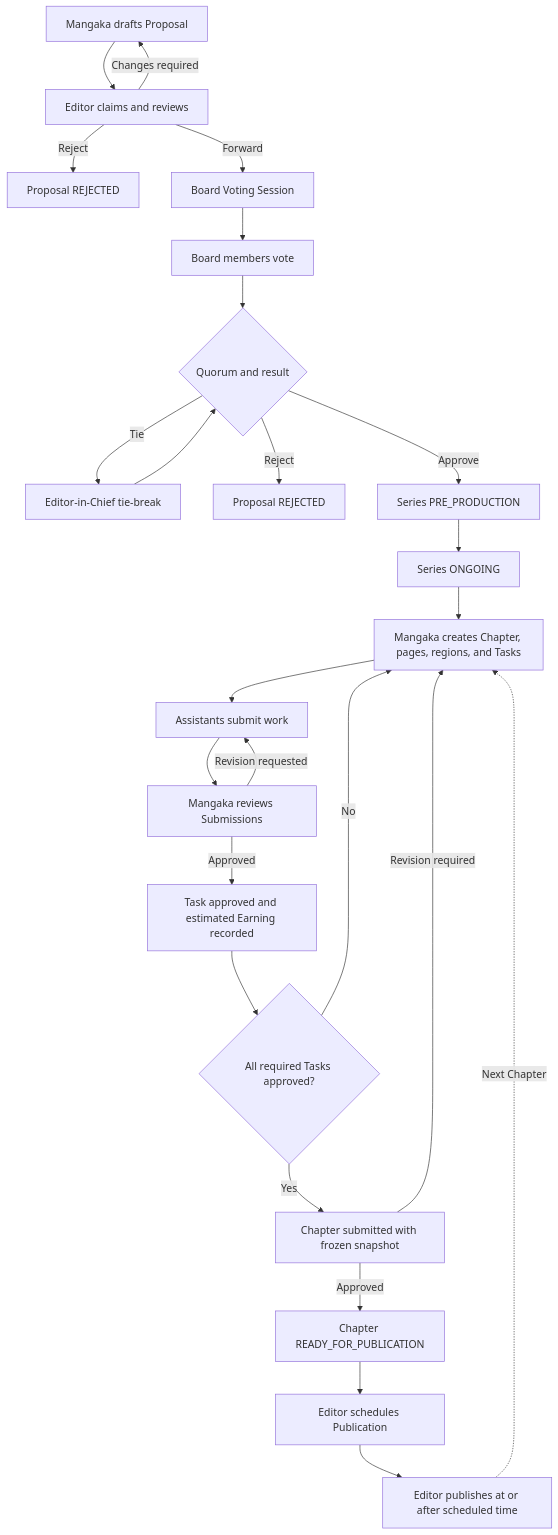
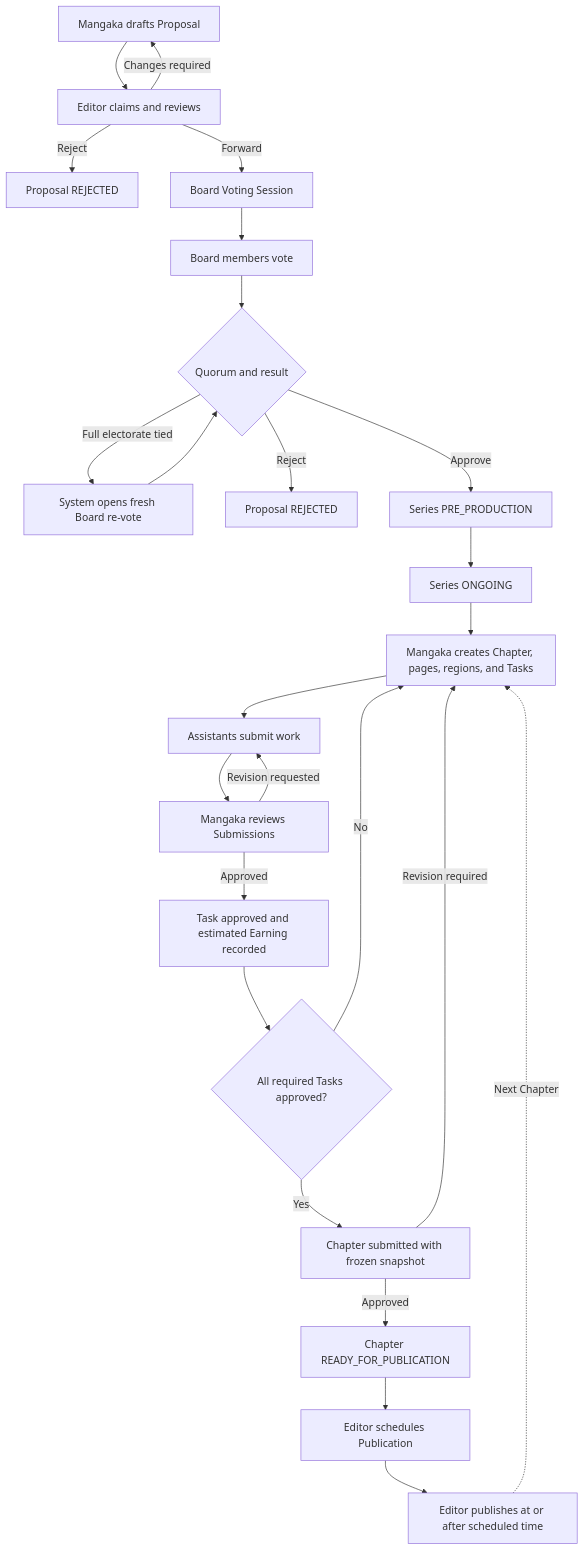
The first of 7 diagrams in BUSINESS_CANONICAL_FLOW.md (ntu254/MangaFlow), drawn with Mermaid before and after one commit. The commit also changed other lines of this file and 42 other files, not shown here.

Commit message:
docs: align canonical business flows and ai-service specs

````diff
--- a/BUSINESS_CANONICAL_FLOW.md
+++ b/BUSINESS_CANONICAL_FLOW.md
@@ -95,27 +94,27 @@
 ```mermaid
 flowchart TD
   A["Mangaka drafts Proposal"] --> B["Editor claims and reviews"]
   B -->|Changes required| A
   B -->|Reject| R1["Proposal REJECTED"]
   B -->|Forward| C["Board Voting Session"]
   C --> D["Board members vote"]
   D --> E{"Quorum and result"}
-  E -->|Tie| T["Editor-in-Chief tie-break"]
+  E -->|Full electorate tied| T["System opens fresh Board re-vote"]
   T --> E
   E -->|Reject| R2["Proposal REJECTED"]
   E -->|Approve| F["Series PRE_PRODUCTION"]
   F --> G["Series ONGOING"]
   G --> H["Mangaka creates Chapter, pages, regions, and Tasks"]
   H --> I["Assistants submit work"]
   I --> J["Mangaka reviews Submissions"]
   J -->|Revision requested| I
   J -->|Approved| K["Task approved and estimated Earning recorded"]
   K --> L{"All required Tasks approved?"}
   L -->|No| H
   L -->|Yes| M["Chapter submitted with frozen snapshot"]
   M -->|Revision required| H
   M -->|Approved| N["Chapter READY_FOR_PUBLICATION"]
   N --> O["Editor schedules Publication"]
   O --> P["Editor publishes at or after scheduled time"]
   P -. Next Chapter .-> H
 ```
````
